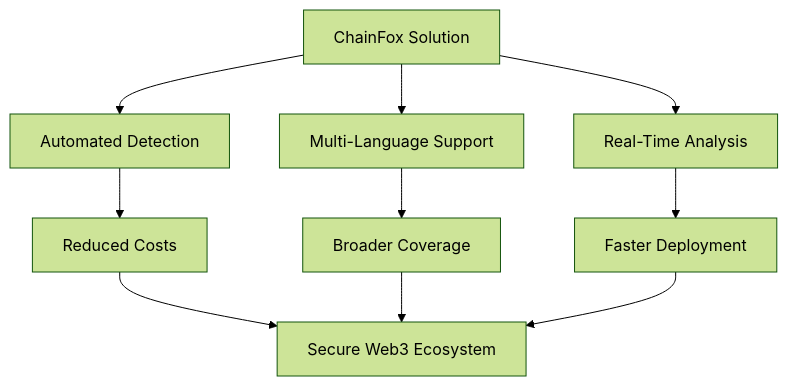
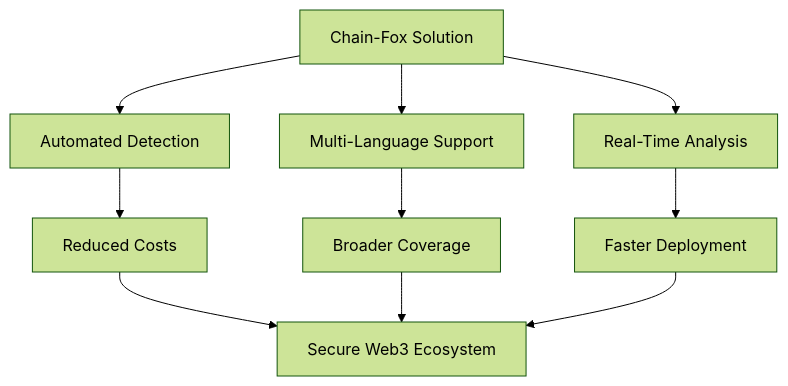
Before and after one commit to Chain-Fox/white-paper: the second of 2 diagrams in chapters/01-introduction.md, drawn with Mermaid (forest theme). The commit also changed other lines of this file and 3 other files, not shown here.

````diff
--- a/chapters/01-introduction.md
+++ b/chapters/01-introduction.md
@@ -22,10 +22,10 @@
 ```mermaid
 flowchart TD
-    H[ChainFox Solution] --> I[Automated Detection]
+    H[Chain-Fox Solution] --> I[Automated Detection]
     H --> J[Multi-Language Support]
     H --> K[Real-Time Analysis]
     I --> L[Reduced Costs]
     J --> M[Broader Coverage]
     K --> N[Faster Deployment]
     L & M & N --> O[Secure Web3 Ecosystem]
 ```
````
